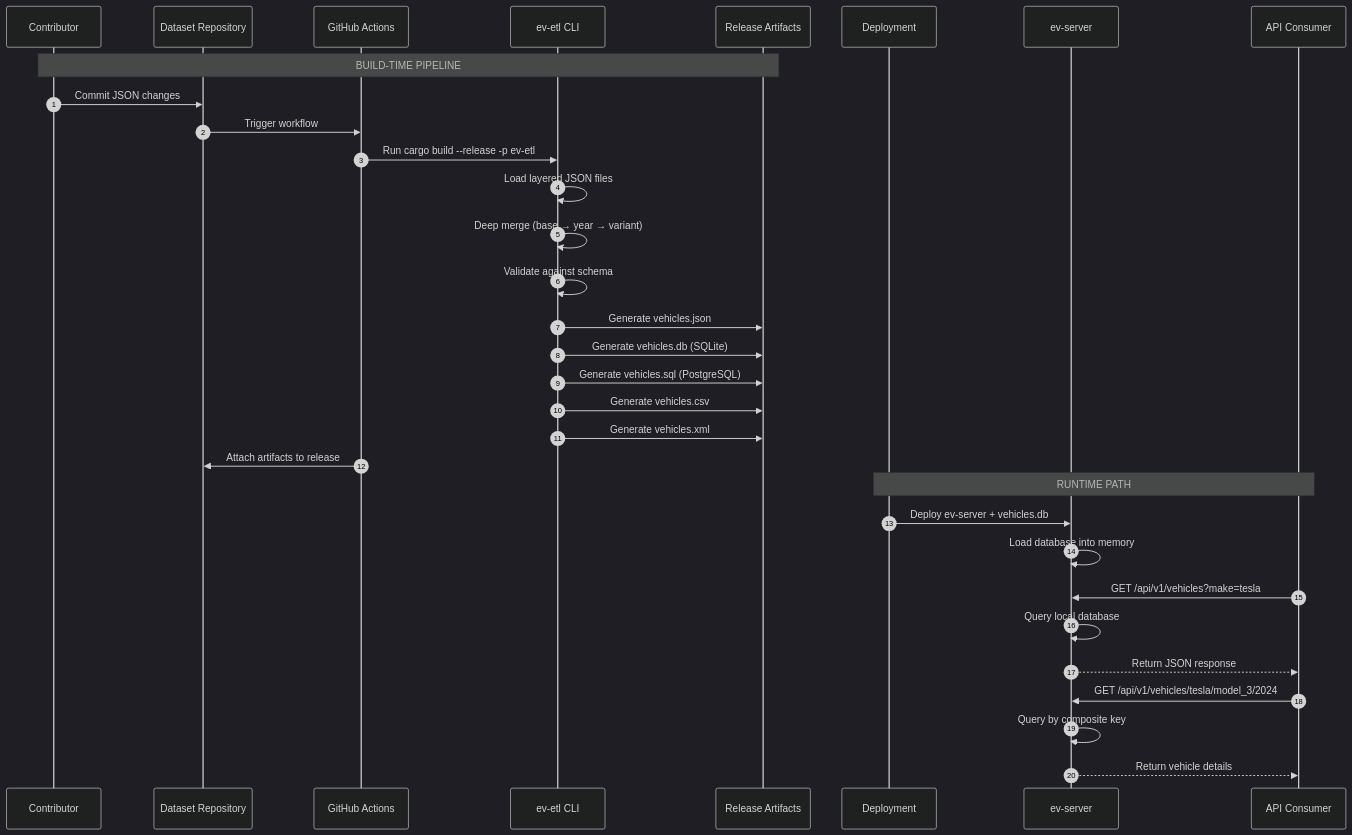
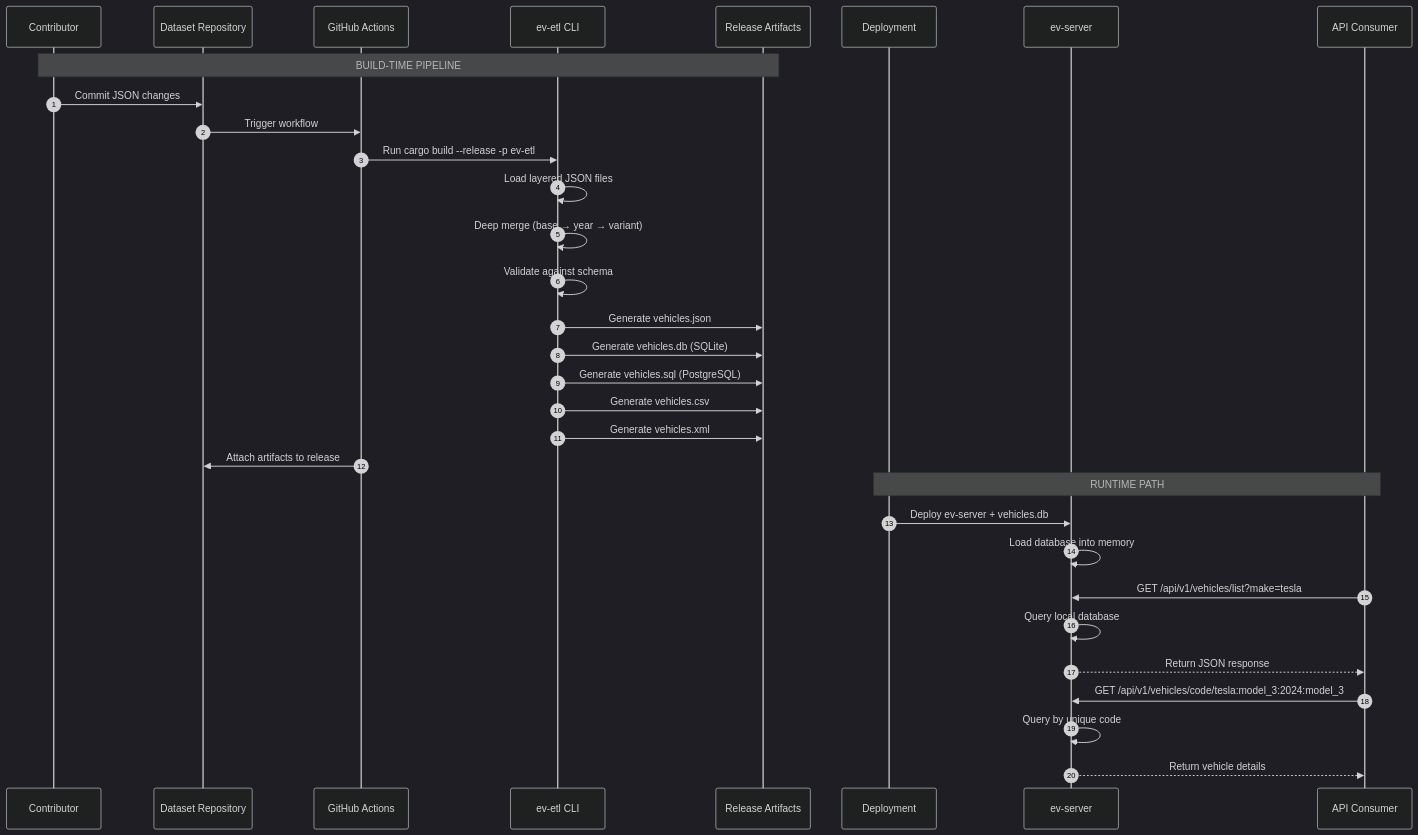
Before and after one commit to open-ev-data/open-ev-data-api: the second of 2 diagrams in docs/ARCHITECTURE.md, drawn with Mermaid (dark theme). The commit also changed other lines of this file and 24 other files, not shown here.

Commit message:
feat(api): adjust unique code format and clean endpoints

````diff
--- a/docs/ARCHITECTURE.md
+++ b/docs/ARCHITECTURE.md
@@ -251,40 +251,40 @@
 ```mermaid
 sequenceDiagram
     autonumber
     participant Contributor
     participant DatasetRepo as Dataset Repository
     participant CI as GitHub Actions
     participant ETL as ev-etl CLI
     participant Artifacts as Release Artifacts
     participant Deploy as Deployment
     participant API as ev-server
     participant Client as API Consumer
 
     note over Contributor, Artifacts: BUILD-TIME PIPELINE
 
     Contributor->>DatasetRepo: Commit JSON changes
     DatasetRepo->>CI: Trigger workflow
     CI->>ETL: Run cargo build --release -p ev-etl
     ETL->>ETL: Load layered JSON files
     ETL->>ETL: Deep merge (base → year → variant)
     ETL->>ETL: Validate against schema
     ETL->>Artifacts: Generate vehicles.json
     ETL->>Artifacts: Generate vehicles.db (SQLite)
     ETL->>Artifacts: Generate vehicles.sql (PostgreSQL)
     ETL->>Artifacts: Generate vehicles.csv
     ETL->>Artifacts: Generate vehicles.xml
     CI->>DatasetRepo: Attach artifacts to release
 
     note over Deploy, Client: RUNTIME PATH
 
     Deploy->>API: Deploy ev-server + vehicles.db
     API->>API: Load database into memory
-    Client->>API: GET /api/v1/vehicles?make=tesla
+    Client->>API: GET /api/v1/vehicles/list?make=tesla
     API->>API: Query local database
     API-->>Client: Return JSON response
 
-    Client->>API: GET /api/v1/vehicles/tesla/model_3/2024
-    API->>API: Query by composite key
+    Client->>API: GET /api/v1/vehicles/code/tesla:model_3:2024:model_3
+    API->>API: Query by unique code
     API-->>Client: Return vehicle details
 
 ```
````
